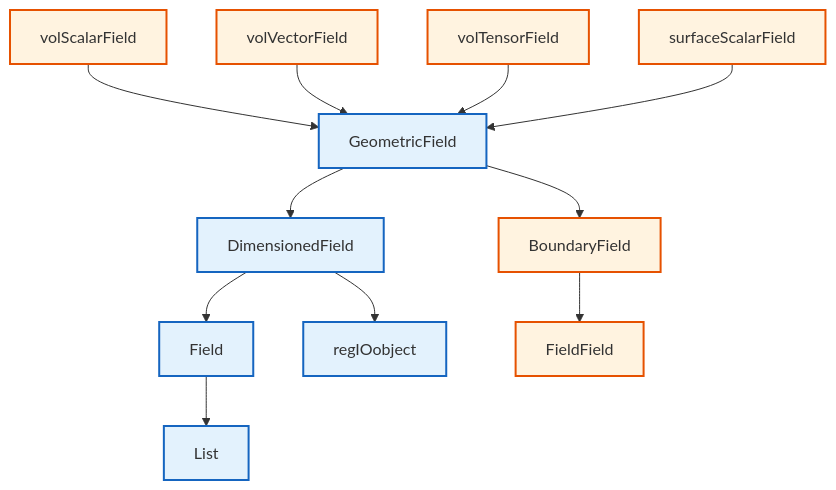
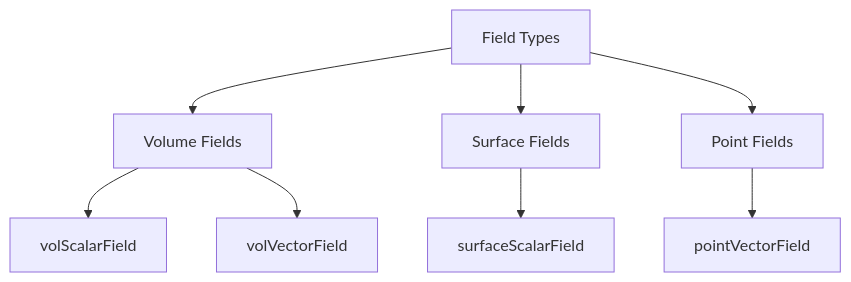
One commit to wramet/build-my-cfd changed the diagram in MODULE_05_OPENFOAM_PROGRAMMING/CONTENT/08_FIELD_TYPES/00_Overview.md. Above: the diagram before and after it, drawn with Mermaid. The commit also changed other lines of this file and 384 other files, not shown here.

````diff
--- a/MODULE_05_OPENFOAM_PROGRAMMING/CONTENT/08_FIELD_TYPES/00_Overview.md
+++ b/MODULE_05_OPENFOAM_PROGRAMMING/CONTENT/08_FIELD_TYPES/00_Overview.md
@@ -215,19 +9,10 @@
 ```mermaid
-graph TD
-%% Classes
-classDef explicit fill:#fff3e0,stroke:#e65100,stroke-width:2px;
-classDef implicit fill:#e3f2fd,stroke:#1565c0,stroke-width:2px;
-%% Nodes
-A[GeometricField]:::implicit --> B[DimensionedField]:::implicit
-B --> C[Field]:::implicit
-C --> D[List]:::implicit
-B --> E[regIOobject]:::implicit
-
-A --> F[BoundaryField]:::explicit
-F --> G[FieldField]:::explicit
-
-H[volScalarField]:::explicit --> A
-I[volVectorField]:::explicit --> A
-J[volTensorField]:::explicit --> A
-K[surfaceScalarField]:::explicit --> A
+flowchart TD
+    A[Field Types] --> B[Volume Fields]
+    A --> C[Surface Fields]
+    A --> D[Point Fields]
+    B --> E[volScalarField]
+    B --> F[volVectorField]
+    C --> G[surfaceScalarField]
+    D --> H[pointVectorField]
 ```
````
